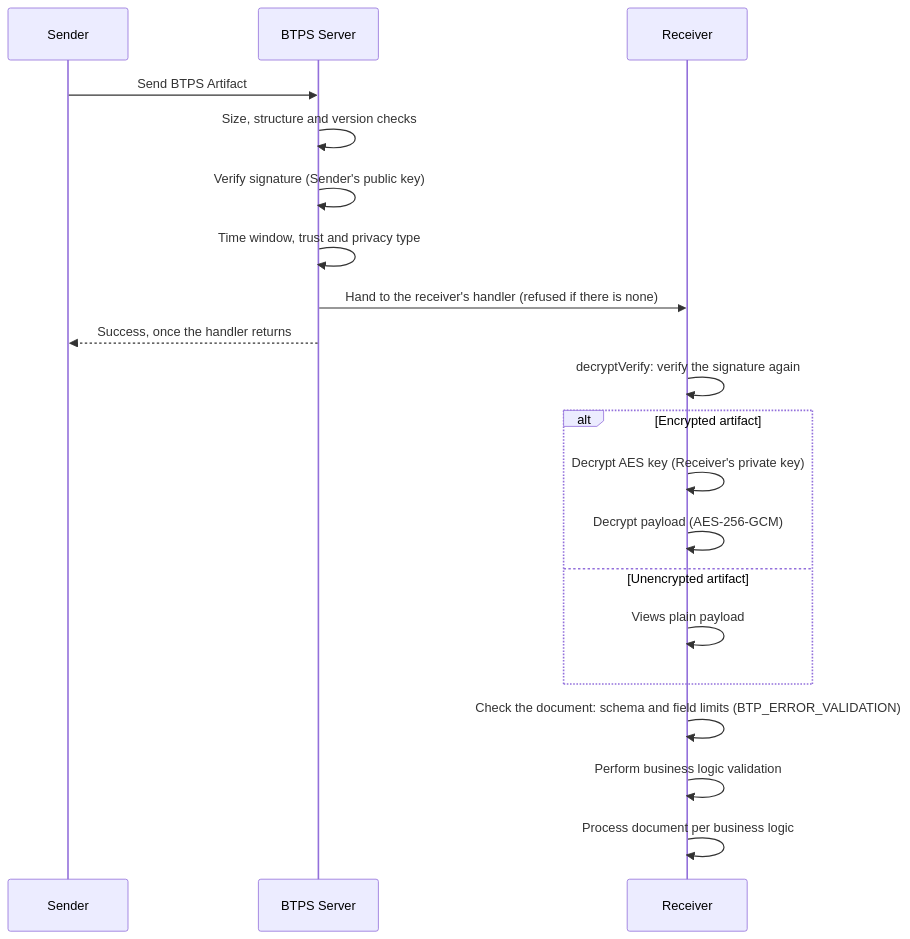
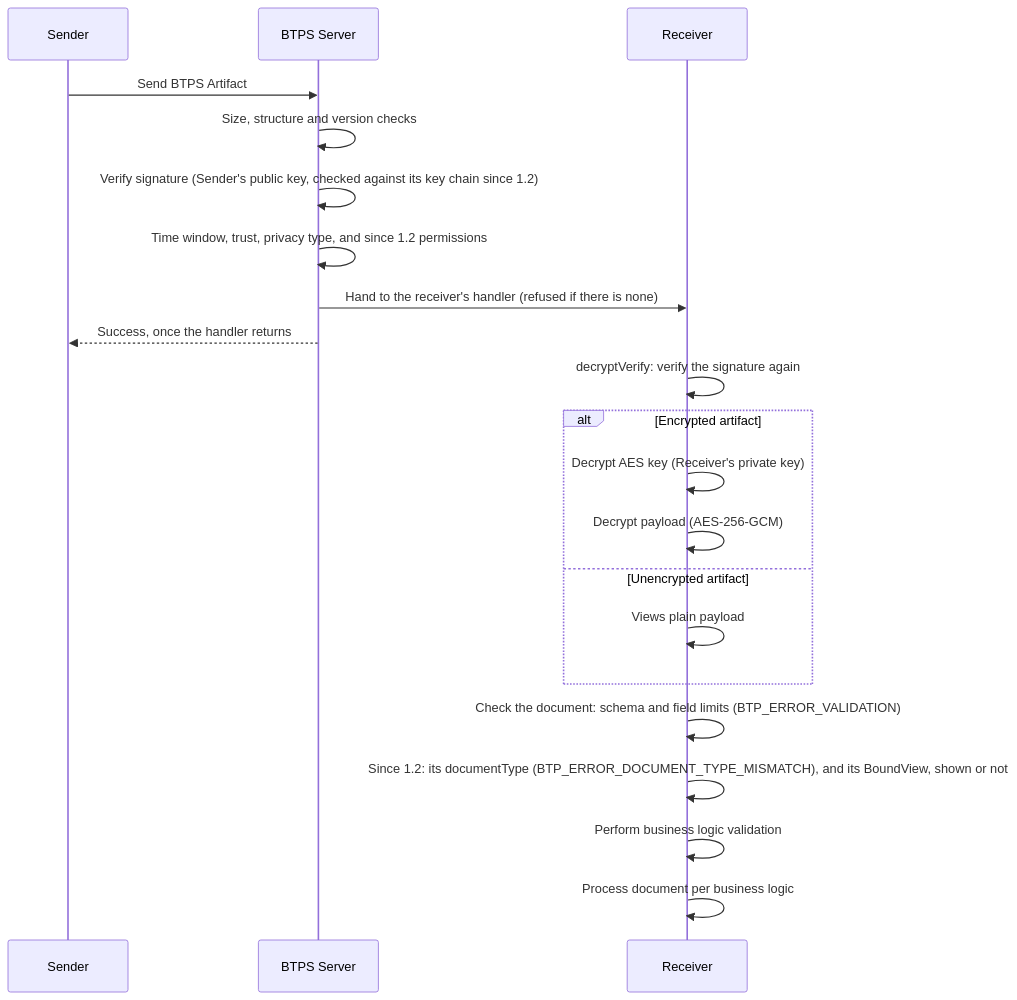
Before and after one commit to openbtps/btps-node: the diagram in docs/docusaurus/docs/protocol/security/decryption.md, drawn with Mermaid. The commit also changed other lines of this file and 32 other files, not shown here.

````diff
--- a/docs/docusaurus/docs/protocol/security/decryption.md
+++ b/docs/docusaurus/docs/protocol/security/decryption.md
@@ -42,24 +45,25 @@
 ```mermaid
 sequenceDiagram
     participant Sender
     participant BTPS Server
     participant Receiver
 
     Sender->>BTPS Server: Send BTPS Artifact
     BTPS Server->>BTPS Server: Size, structure and version checks
-    BTPS Server->>BTPS Server: Verify signature (Sender's public key)
-    BTPS Server->>BTPS Server: Time window, trust and privacy type
+    BTPS Server->>BTPS Server: Verify signature (Sender's public key, checked against its key chain since 1.2)
+    BTPS Server->>BTPS Server: Time window, trust, privacy type, and since 1.2 permissions
     BTPS Server->>Receiver: Hand to the receiver's handler (refused if there is none)
     BTPS Server-->>Sender: Success, once the handler returns
 
     Receiver->>Receiver: decryptVerify: verify the signature again
     alt Encrypted artifact
         Receiver->>Receiver: Decrypt AES key (Receiver's private key)
         Receiver->>Receiver: Decrypt payload (AES-256-GCM)
     else Unencrypted artifact
         Receiver->>Receiver: Views plain payload
     end
     Receiver->>Receiver: Check the document: schema and field limits (BTP_ERROR_VALIDATION)
+    Receiver->>Receiver: Since 1.2: its documentType (BTP_ERROR_DOCUMENT_TYPE_MISMATCH), and its BoundView, shown or not
     Receiver->>Receiver: Perform business logic validation
     Receiver->>Receiver: Process document per business logic
 ```
````
